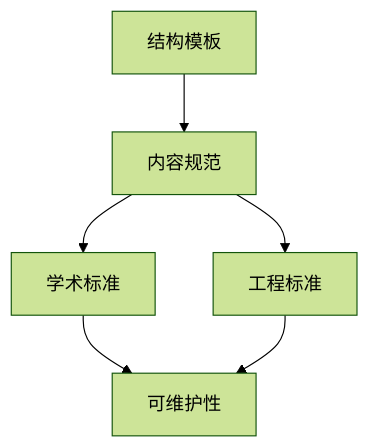
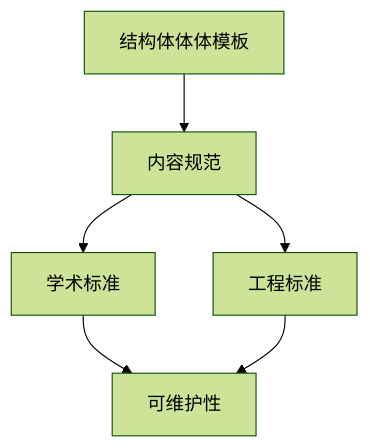
One commit to martin-ly/rust-lang changed the second of 2 diagrams in formal_rust/refactor/01_core_theory/01_variable_system/11_template_and_quality_standard.md. Above: the diagram before and after it, drawn with Mermaid (forest theme). The commit also changed other lines of this file and 5740 other files, not shown here.

````diff
--- a/formal_rust/refactor/01_core_theory/01_variable_system/11_template_and_quality_standard.md
+++ b/formal_rust/refactor/01_core_theory/01_variable_system/11_template_and_quality_standard.md
@@ -117,8 +117,8 @@
     ```mermaid
     flowchart TD
-        A[结构模板] --> B[内容规范]
+        A[结构体体体模板] --> B[内容规范]
         B --> C[学术标准]
         B --> D[工程标准]
         C --> E[可维护性]
         D --> E
     ```
````
